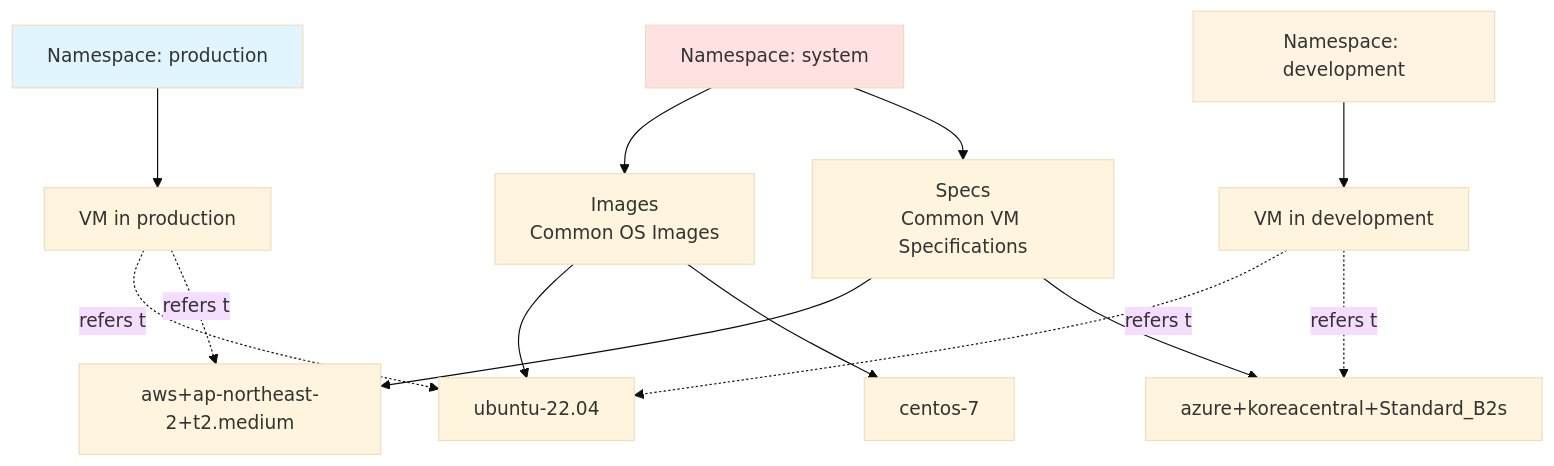
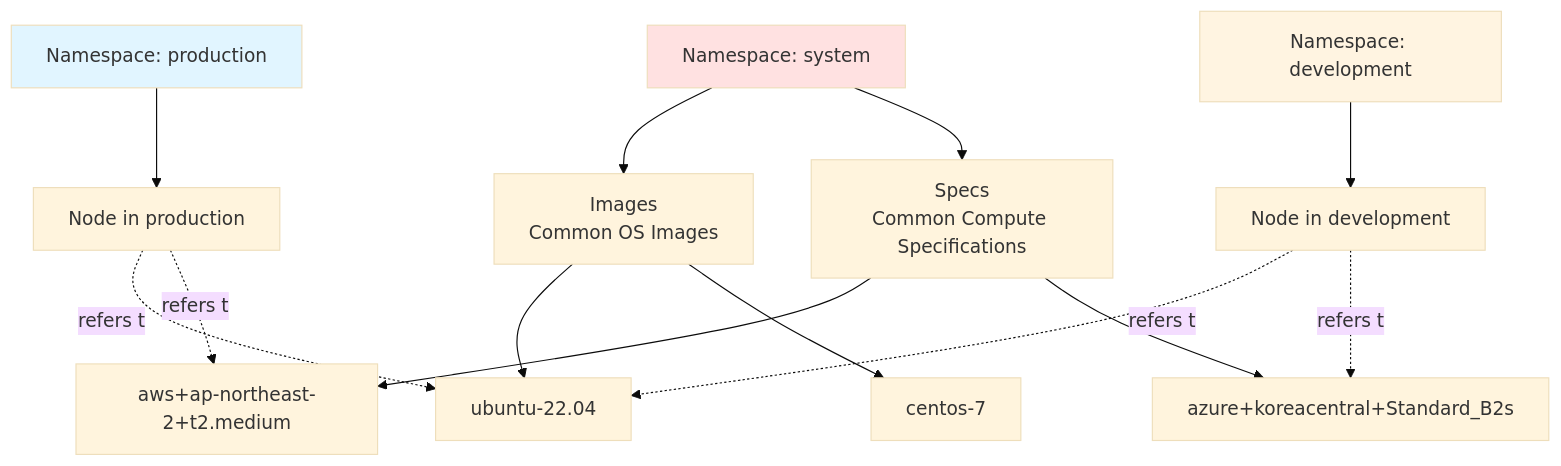
The tenth of 10 diagrams in docs/feature_guide/namespace-and-resource-identity.md (cloud-barista/cb-tumblebug), drawn with Mermaid (base theme) before and after one commit. The commit also changed other lines of this file and 81 other files, not shown here.

````diff
--- a/docs/feature_guide/namespace-and-resource-identity.md
+++ b/docs/feature_guide/namespace-and-resource-identity.md
@@ -757,31 +757,31 @@
 ```mermaid
 graph TB
     SYSTEM[Namespace: system]
     
     SYSTEM --> IMAGES[Images<br/>Common OS Images]
-    SYSTEM --> SPECS[Specs<br/>Common VM Specifications]
+    SYSTEM --> SPECS[Specs<br/>Common Compute Specifications]
     
     IMAGES --> IMG1[ubuntu-22.04]
     IMAGES --> IMG2[centos-7]
     
     SPECS --> SPEC1[aws+ap-northeast-2+t2.medium]
     SPECS --> SPEC2[azure+koreacentral+Standard_B2s]
     
     NS1[Namespace: production]
     NS2[Namespace: development]
     
-    VM1[VM in production]
-    VM2[VM in development]
+    VM1[Node in production]
+    VM2[Node in development]
     
     NS1 --> VM1
     NS2 --> VM2
     
     VM1 -.refers to.-> IMG1
     VM1 -.refers to.-> SPEC1
     VM2 -.refers to.-> IMG1
     VM2 -.refers to.-> SPEC2
     
     style SYSTEM fill:#ffe1e1
     style NS1 fill:#e1f5ff
     style NS2 fill:#fff4e1
 ```
````
